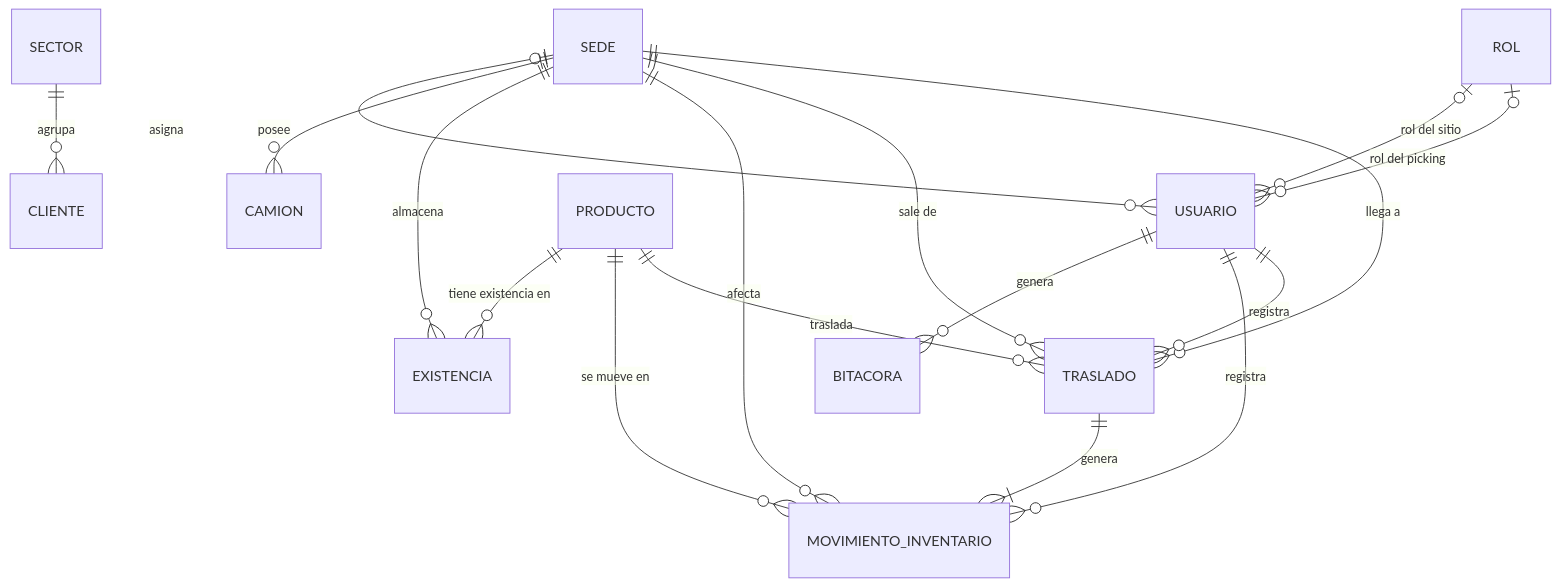
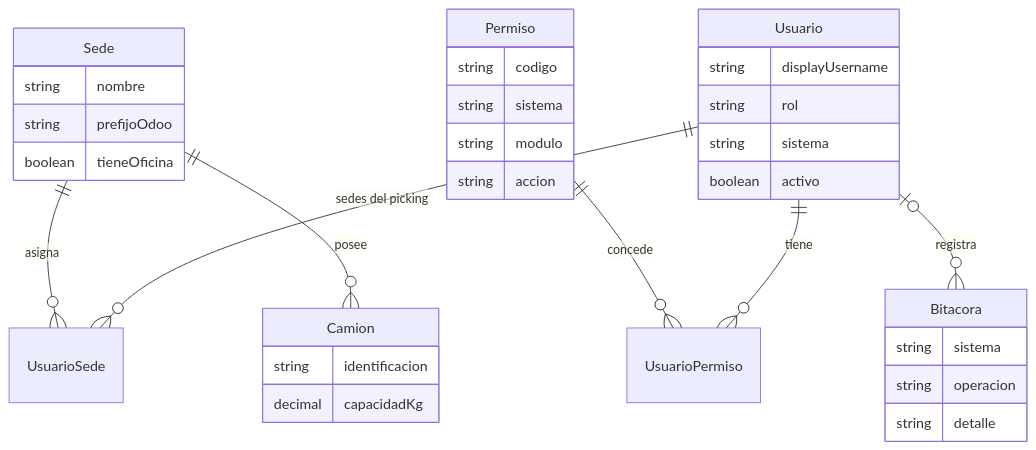
One commit to jordin-garcia/proyecto_incovsa changed the diagram in entregable-1/diagramas/figura-6-modelo-er-catalogos.mmd. Above: the diagram before and after it, drawn with Mermaid. The commit also changed 29 other files, not shown here.

First line of the commit message:
docs(ce-09): fuente v0.3 del Documento 1 y diagramas vigentes (CE-09)

```diff
--- a/entregable-1/diagramas/figura-6-modelo-er-catalogos.mmd
+++ b/entregable-1/diagramas/figura-6-modelo-er-catalogos.mmd
@@ -1,17 +1,37 @@
+%% Acceso y camiones. Nombres de prisma/schema.prisma.
+%% Sin rol como entidad, sin sector, sin cliente, sin catálogo de productos
+%% y sin existencia, traslado ni movimiento de inventario (specs/14, RN-40).
 erDiagram
-    SEDE |o--o{ USUARIO : asigna
-    ROL |o--o{ USUARIO : "rol del sitio"
-    ROL |o--o{ USUARIO : "rol del picking"
-    USUARIO ||--o{ BITACORA : genera
-    SEDE ||--o{ CAMION : posee
-    SECTOR ||--o{ CLIENTE : agrupa
-    PRODUCTO ||--o{ EXISTENCIA : "tiene existencia en"
-    SEDE ||--o{ EXISTENCIA : almacena
-    PRODUCTO ||--o{ MOVIMIENTO_INVENTARIO : "se mueve en"
-    SEDE ||--o{ MOVIMIENTO_INVENTARIO : afecta
-    USUARIO ||--o{ MOVIMIENTO_INVENTARIO : registra
-    TRASLADO ||--|{ MOVIMIENTO_INVENTARIO : genera
-    SEDE ||--o{ TRASLADO : "sale de"
-    SEDE ||--o{ TRASLADO : "llega a"
-    PRODUCTO ||--o{ TRASLADO : traslada
-    USUARIO ||--o{ TRASLADO : registra
+    Sede ||--o{ UsuarioSede : asigna
+    Usuario ||--o{ UsuarioSede : "sedes del picking"
+    Permiso ||--o{ UsuarioPermiso : concede
+    Usuario ||--o{ UsuarioPermiso : tiene
+    Sede ||--o{ Camion : posee
+    Usuario |o--o{ Bitacora : registra
+
+    Sede {
+        string nombre
+        string prefijoOdoo
+        boolean tieneOficina
+    }
+    Usuario {
+        string displayUsername
+        string rol
+        string sistema
+        boolean activo
+    }
+    Permiso {
+        string codigo
+        string sistema
+        string modulo
+        string accion
+    }
+    Camion {
+        string identificacion
+        decimal capacidadKg
+    }
+    Bitacora {
+        string sistema
+        string operacion
+        string detalle
+    }
```
